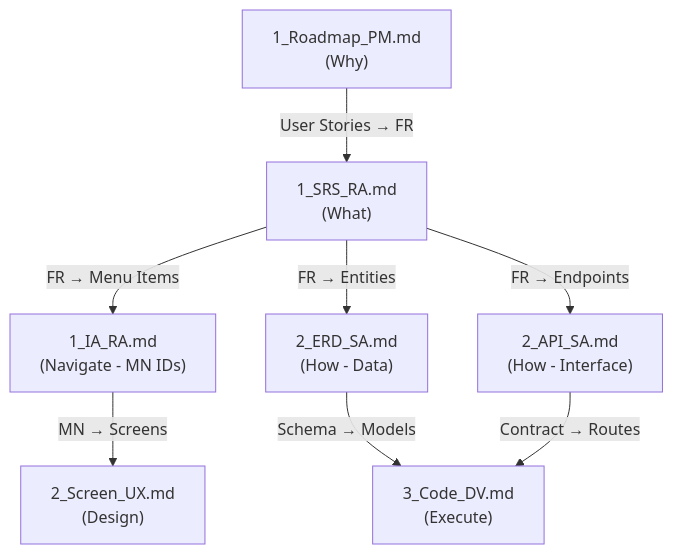
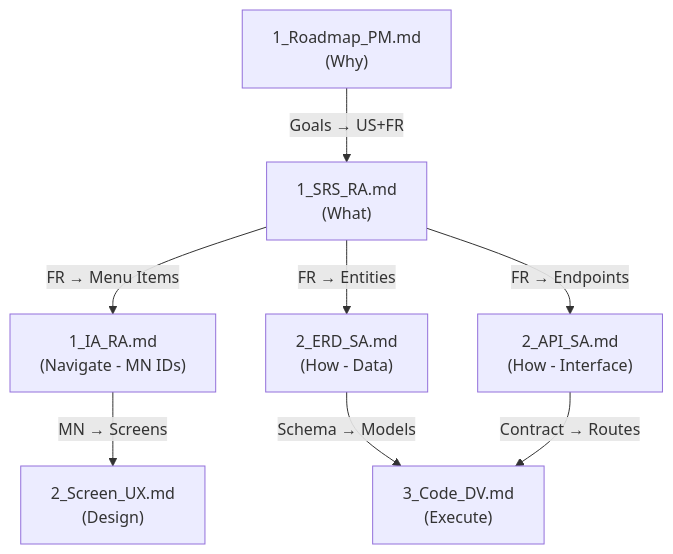
One commit to upleat-ax/u-maker-plugin changed the first of 4 diagrams in references/traceability-matrix.md. Above: the diagram before and after it, drawn with Mermaid. The commit also changed other lines of this file and 214 other files, not shown here.

````diff
--- a/references/traceability-matrix.md
+++ b/references/traceability-matrix.md
@@ -23,18 +24,18 @@
 ```mermaid
 flowchart TD
     ROADMAP["1_Roadmap_PM.md\n(Why)"]
     SRS["1_SRS_RA.md\n(What)"]
     IA["1_IA_RA.md\n(Navigate - MN IDs)"]
     SCREEN["2_Screen_UX.md\n(Design)"]
     ERD["2_ERD_SA.md\n(How - Data)"]
     API["2_API_SA.md\n(How - Interface)"]
     CODE["3_Code_DV.md\n(Execute)"]
 
-    ROADMAP -->|User Stories → FR| SRS
+    ROADMAP -->|Goals → US+FR| SRS
     SRS -->|FR → Menu Items| IA
     IA -->|MN → Screens| SCREEN
     SRS -->|FR → Entities| ERD
     SRS -->|FR → Endpoints| API
     ERD -->|Schema → Models| CODE
     API -->|Contract → Routes| CODE
 ```
````
